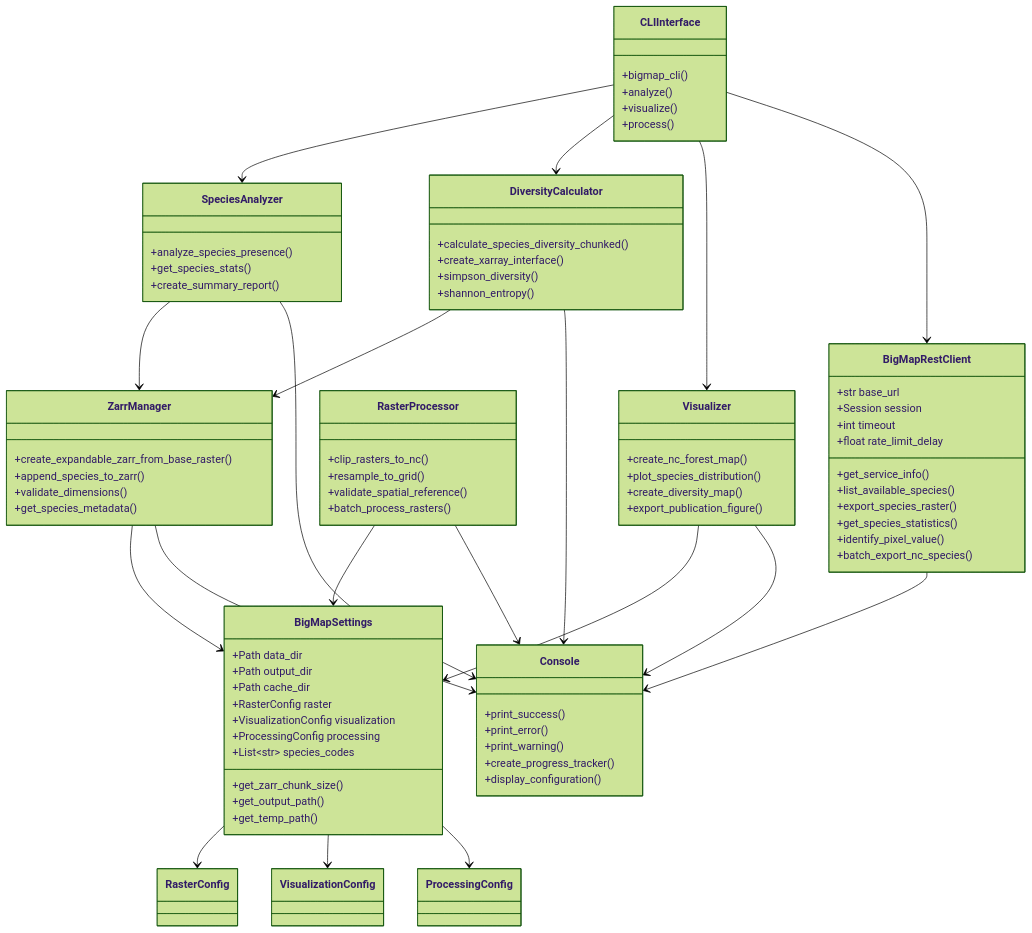
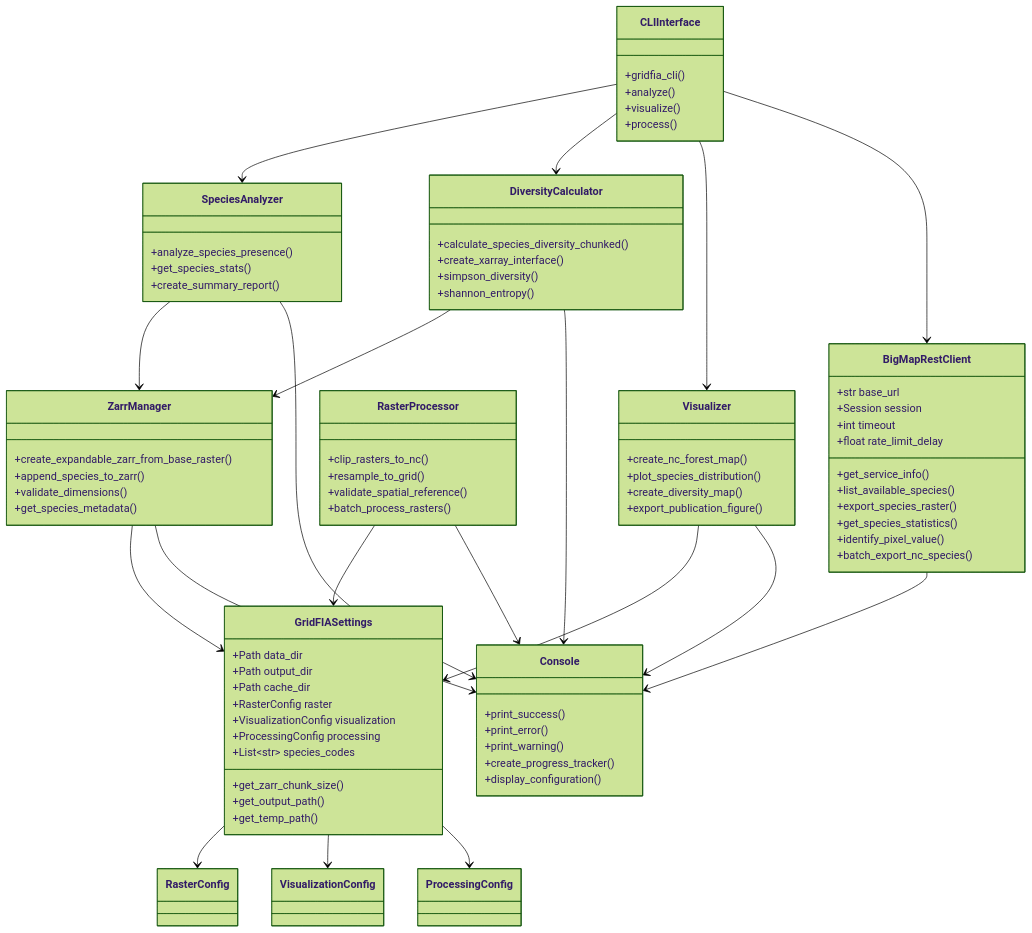
One commit to mihiarc/gridfia changed the third of 5 diagrams in docs/architecture/overview.md. Above: the diagram before and after it, drawn with Mermaid (forest theme). The commit also changed other lines of this file and 17 other files, not shown here.

````diff
--- a/docs/architecture/overview.md
+++ b/docs/architecture/overview.md
@@ -143,6 +143,6 @@
 ```mermaid
 classDiagram
-    class BigMapSettings {
+    class GridFIASettings {
         +Path data_dir
         +Path output_dir
         +Path cache_dir
@@ -203,7 +203,7 @@
     }
     
     class CLIInterface {
-        +bigmap_cli()
+        +gridfia_cli()
         +analyze()
         +visualize()
         +process()
@@ -217,9 +217,9 @@
         +display_configuration()
     }
     
-    BigMapSettings --> RasterConfig
-    BigMapSettings --> VisualizationConfig
-    BigMapSettings --> ProcessingConfig
+    GridFIASettings --> RasterConfig
+    GridFIASettings --> VisualizationConfig
+    GridFIASettings --> ProcessingConfig
     
     CLIInterface --> SpeciesAnalyzer
     CLIInterface --> DiversityCalculator
@@ -231,12 +231,12 @@
     DiversityCalculator --> ZarrManager
     DiversityCalculator --> Console
     
-    RasterProcessor --> BigMapSettings
+    RasterProcessor --> GridFIASettings
     RasterProcessor --> Console
-    ZarrManager --> BigMapSettings
+    ZarrManager --> GridFIASettings
     ZarrManager --> Console
     
-    Visualizer --> BigMapSettings
+    Visualizer --> GridFIASettings
     Visualizer --> Console
     
     BigMapRestClient --> Console
````
